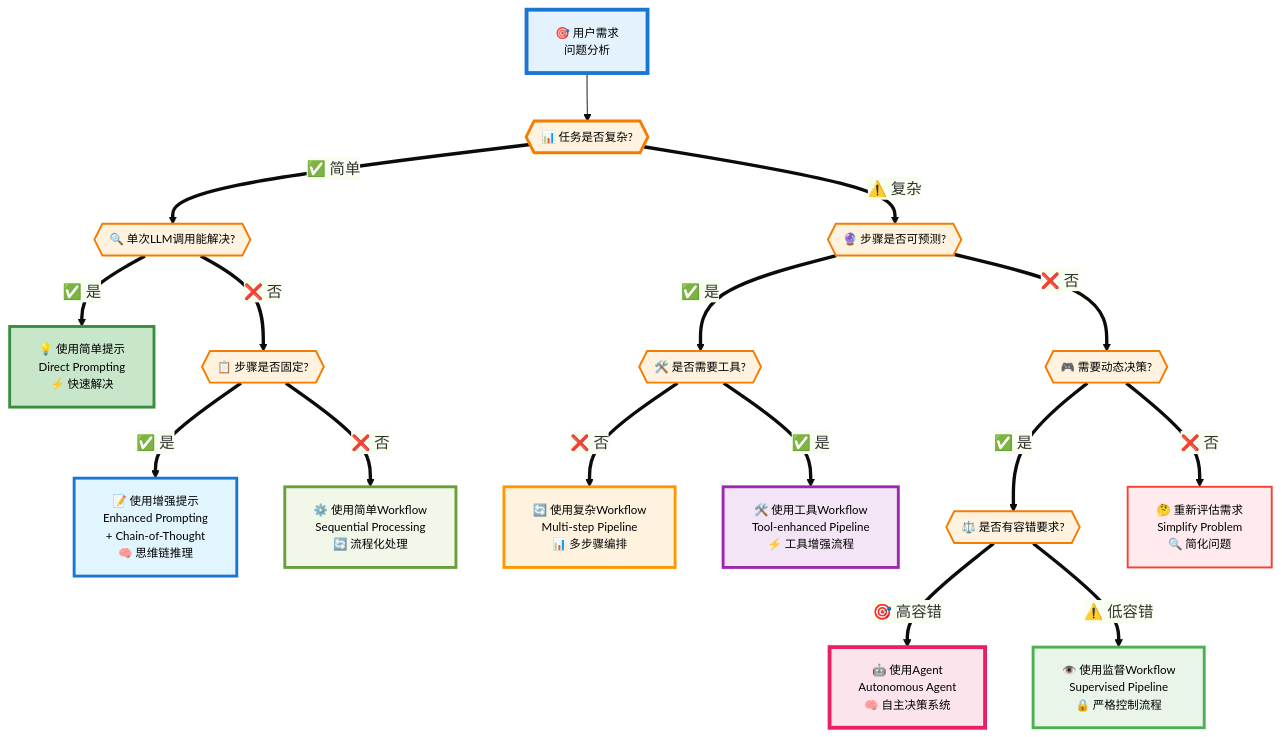
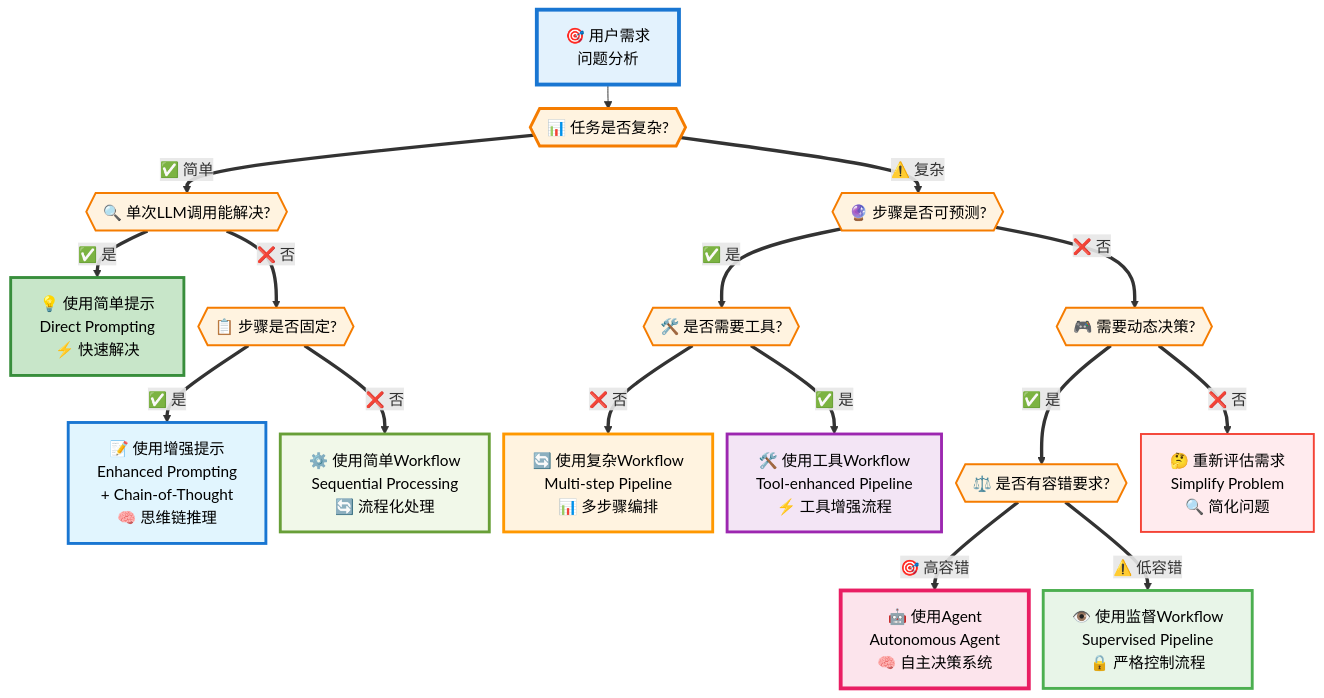
The eighth of 8 diagrams in agent/AI_Agent_完整入门指南.md (yxzf/claude-code-guide), drawn with Mermaid before and after one commit. The commit also changed other lines of this file, not shown here.

First line of the commit message:
正确调整图表尺寸大小

````diff
--- a/agent/AI_Agent_完整入门指南.md
+++ b/agent/AI_Agent_完整入门指南.md
@@ -443,47 +431,45 @@
 ```mermaid
-%%{init: {'theme':'base', 'themeVariables': {'primaryColor':'#f0f9ff'}}}%%
+%%{init: {'flowchart': {'nodeSpacing': 15, 'rankSpacing': 25}}}%%
 flowchart TD
     A[🎯 用户需求<br/>问题分析] --> B{{📊 任务是否复杂?}}
     
     B ==>|✅ 简单| C{{🔍 单次LLM调用能解决?}}
     C ==>|✅ 是| D[💡 使用简单提示<br/>Direct Prompting<br/>⚡ 快速解决]
     C ==>|❌ 否| E{{📋 步骤是否固定?}}
     
     E ==>|✅ 是| F[📝 使用增强提示<br/>Enhanced Prompting<br/>+ Chain-of-Thought<br/>🧠 思维链推理]
     E ==>|❌ 否| G[⚙️ 使用简单Workflow<br/>Sequential Processing<br/>🔄 流程化处理]
     
     B ==>|⚠️ 复杂| H{{🔮 步骤是否可预测?}}
     H ==>|✅ 是| I{{🛠️ 是否需要工具?}}
     H ==>|❌ 否| J{{🎮 需要动态决策?}}
     
     I ==>|❌ 否| K[🔄 使用复杂Workflow<br/>Multi-step Pipeline<br/>📊 多步骤编排]
     I ==>|✅ 是| L[🛠️ 使用工具Workflow<br/>Tool-enhanced Pipeline<br/>⚡ 工具增强流程]
     
     J ==>|✅ 是| M{{⚖️ 是否有容错要求?}}
     J ==>|❌ 否| N[🤔 重新评估需求<br/>Simplify Problem<br/>🔍 简化问题]
     
     M ==>|🎯 高容错| O[🤖 使用Agent<br/>Autonomous Agent<br/>🧠 自主决策系统]
     M ==>|⚠️ 低容错| P[👁️ 使用监督Workflow<br/>Supervised Pipeline<br/>🔒 严格控制流程]
     
     %% 样式定义
     style A fill:#e3f2fd,stroke:#1976d2,stroke-width:4px,color:#000
     style B fill:#fff3e0,stroke:#f57c00,stroke-width:3px,color:#000
     style C fill:#fff3e0,stroke:#f57c00,stroke-width:2px,color:#000
     style E fill:#fff3e0,stroke:#f57c00,stroke-width:2px,color:#000
     style H fill:#fff3e0,stroke:#f57c00,stroke-width:2px,color:#000
     style I fill:#fff3e0,stroke:#f57c00,stroke-width:2px,color:#000
     style J fill:#fff3e0,stroke:#f57c00,stroke-width:2px,color:#000
     style M fill:#fff3e0,stroke:#f57c00,stroke-width:2px,color:#000
     
     %% 解决方案样式
     style D fill:#c8e6c9,stroke:#388e3c,stroke-width:3px,color:#000
     style F fill:#e1f5fe,stroke:#1976d2,stroke-width:3px,color:#000
     style G fill:#f1f8e9,stroke:#689f38,stroke-width:3px,color:#000
     style K fill:#fff3e0,stroke:#ff9800,stroke-width:3px,color:#000
     style L fill:#f3e5f5,stroke:#9c27b0,stroke-width:3px,color:#000
     style O fill:#fce4ec,stroke:#e91e63,stroke-width:4px,color:#000
     style P fill:#e8f5e8,stroke:#4caf50,stroke-width:3px,color:#000
     style N fill:#ffebee,stroke:#f44336,stroke-width:2px,color:#000
-    
-    classDef default font-size:12px
 ```
````
